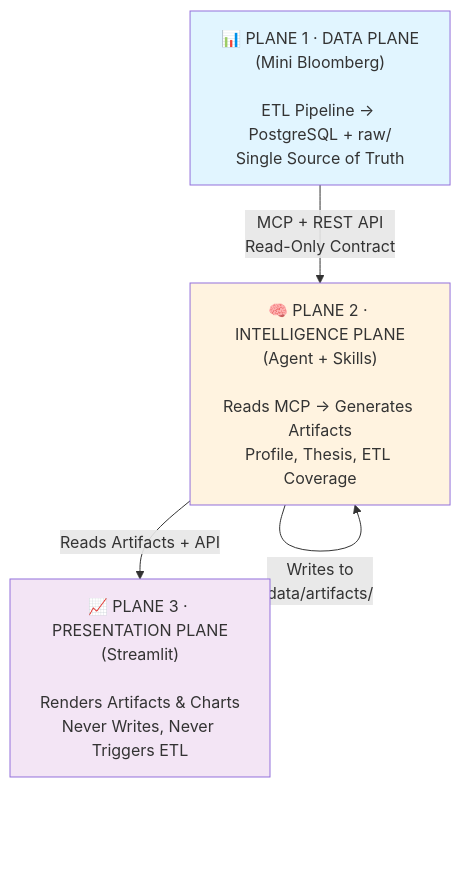
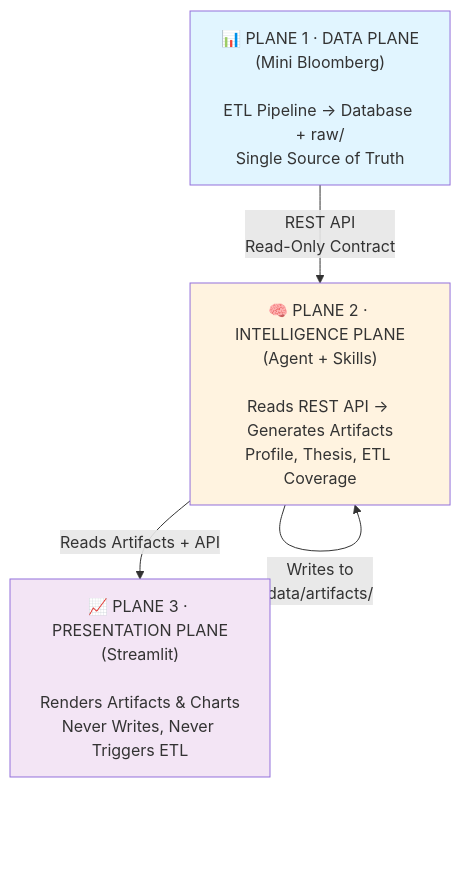
One commit to luzhenyv/personal-financial-skills changed the first of 2 diagrams in README.md. Above: the diagram before and after it, drawn with Mermaid. The commit also changed other lines of this file and 23 other files, not shown here.

First line of the commit message:
Refactor codebase to remove MCP references and replace with REST API usage

````diff
--- a/README.md
+++ b/README.md
@@ -9,14 +9,14 @@
 ```mermaid
 graph TD
-    A["📊 PLANE 1 · DATA PLANE<br/>(Mini Bloomberg)<br/><br/>ETL Pipeline → PostgreSQL + raw/<br/>Single Source of Truth"]
-    B["🧠 PLANE 2 · INTELLIGENCE PLANE<br/>(Agent + Skills)<br/><br/>Reads MCP → Generates Artifacts<br/>Profile, Thesis, ETL Coverage"]
+    A["📊 PLANE 1 · DATA PLANE<br/>(Mini Bloomberg)<br/><br/>ETL Pipeline → Database + raw/<br/>Single Source of Truth"]
+    B["🧠 PLANE 2 · INTELLIGENCE PLANE<br/>(Agent + Skills)<br/><br/>Reads REST API → Generates Artifacts<br/>Profile, Thesis, ETL Coverage"]
     C["📈 PLANE 3 · PRESENTATION PLANE<br/>(Streamlit)<br/><br/>Renders Artifacts & Charts<br/>Never Writes, Never Triggers ETL"]
     
-    A -->|MCP + REST API<br/>Read-Only Contract| B
+    A -->|REST API<br/>Read-Only Contract| B
     B -->|Writes to<br/>data/artifacts/| B
     B -->|Reads Artifacts + API| C
     
     style A fill:#e1f5ff
     style B fill:#fff3e0
     style C fill:#f3e5f5
 ```
````
